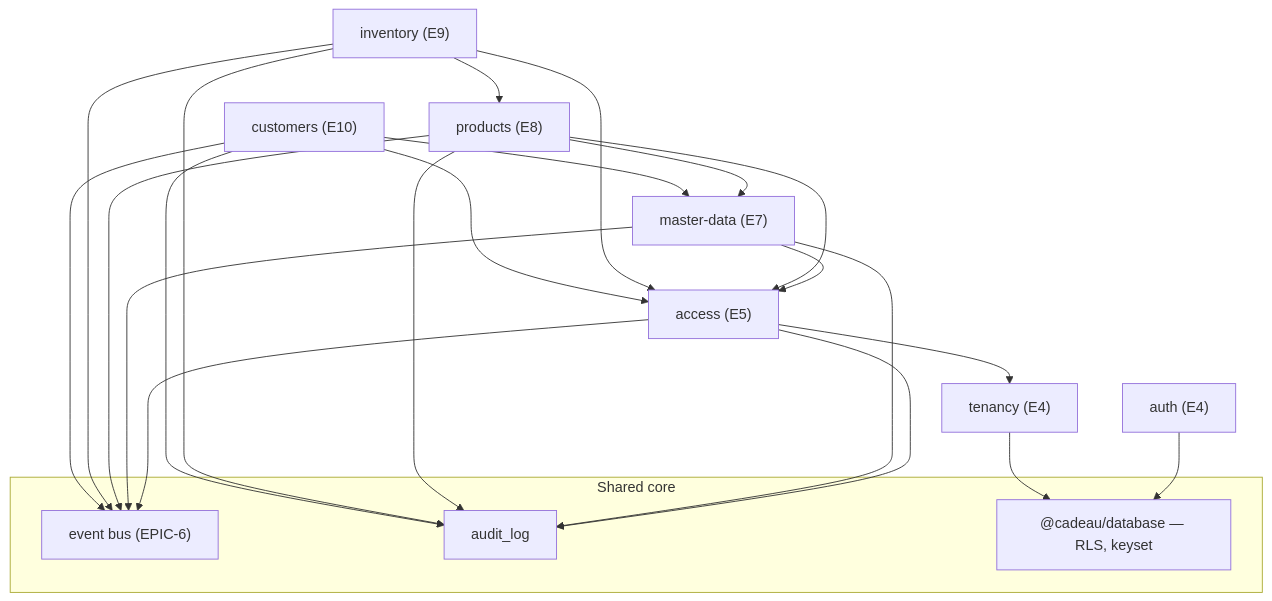
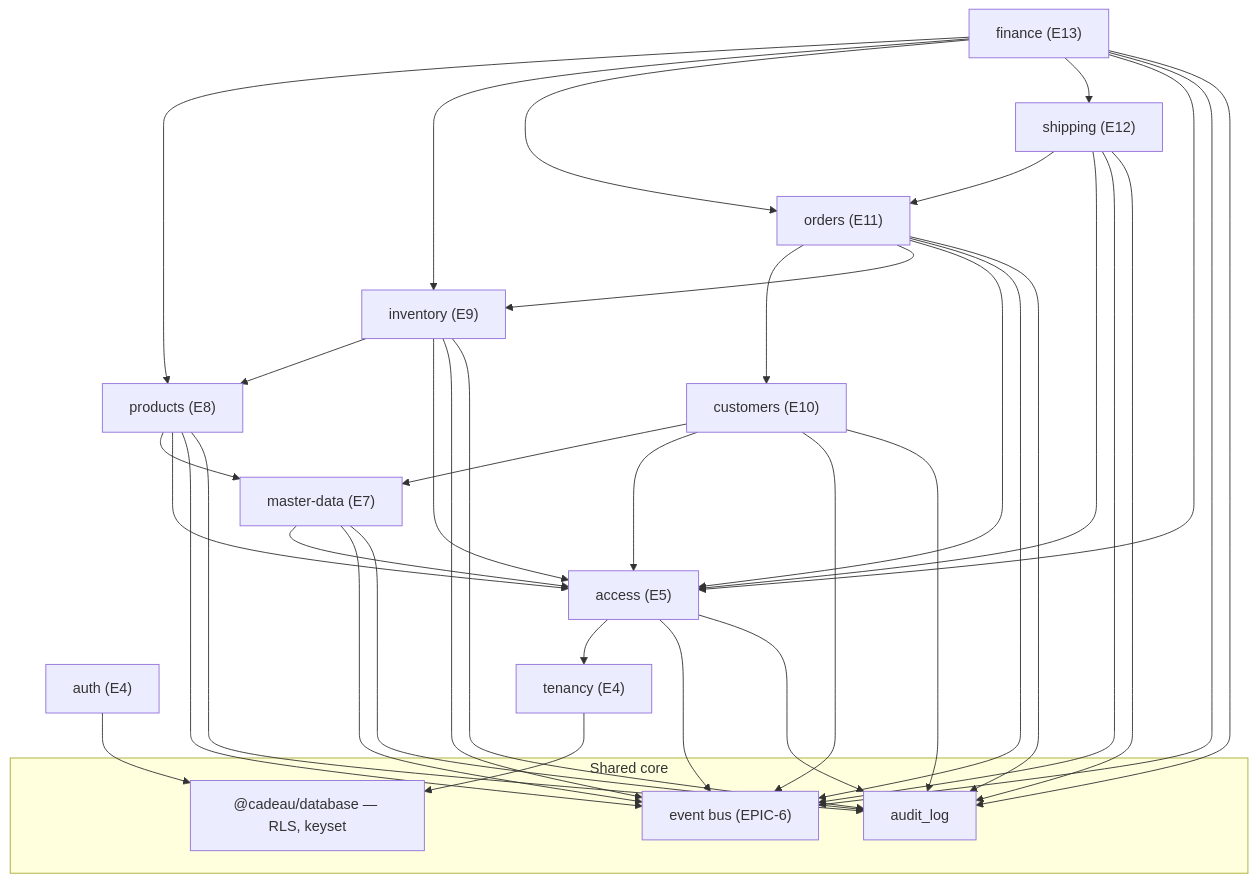
Before and after one commit to anosait78-star/cadeau-backend: the diagram in docs/domain-map.md, drawn with Mermaid. The commit also changed other lines of this file and 7 other files, not shown here.

````diff
--- a/docs/domain-map.md
+++ b/docs/domain-map.md
@@ -57,30 +58,46 @@
 ```mermaid
 graph TD
   subgraph core["Shared core"]
     BUS["event bus (EPIC-6)"]
     AUDIT["audit_log"]
     DB["@cadeau/database — RLS, keyset"]
   end
 
   AUTH["auth (E4)"] --> DB
   TEN["tenancy (E4)"] --> DB
   ACC["access (E5)"] --> TEN
   ACC --> BUS
   MD["master-data (E7)"] --> ACC
   MD --> BUS
   PROD["products (E8)"] --> MD
   PROD --> ACC
   PROD --> BUS
   INV["inventory (E9)"] --> PROD
   INV --> ACC
   INV --> BUS
   CUST["customers (E10)"] --> MD
   CUST --> ACC
   CUST --> BUS
+  ORD["orders (E11)"] --> CUST
+  ORD --> INV
+  ORD --> ACC
+  ORD --> BUS
+  SHIP["shipping (E12)"] --> ORD
+  SHIP --> ACC
+  SHIP --> BUS
+  FIN["finance (E13)"] --> PROD
+  FIN --> INV
+  FIN --> ORD
+  FIN --> SHIP
+  FIN --> ACC
+  FIN --> BUS
 
   ACC --> AUDIT
   MD --> AUDIT
   PROD --> AUDIT
   INV --> AUDIT
   CUST --> AUDIT
+  ORD --> AUDIT
+  SHIP --> AUDIT
+  FIN --> AUDIT
 ```
````
